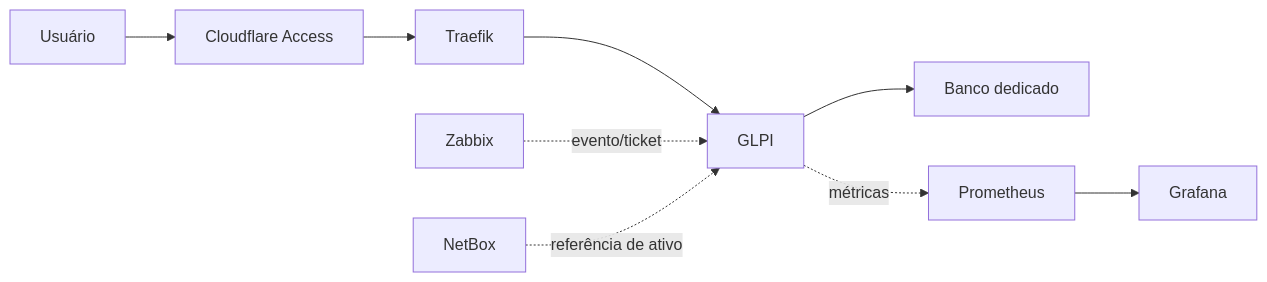
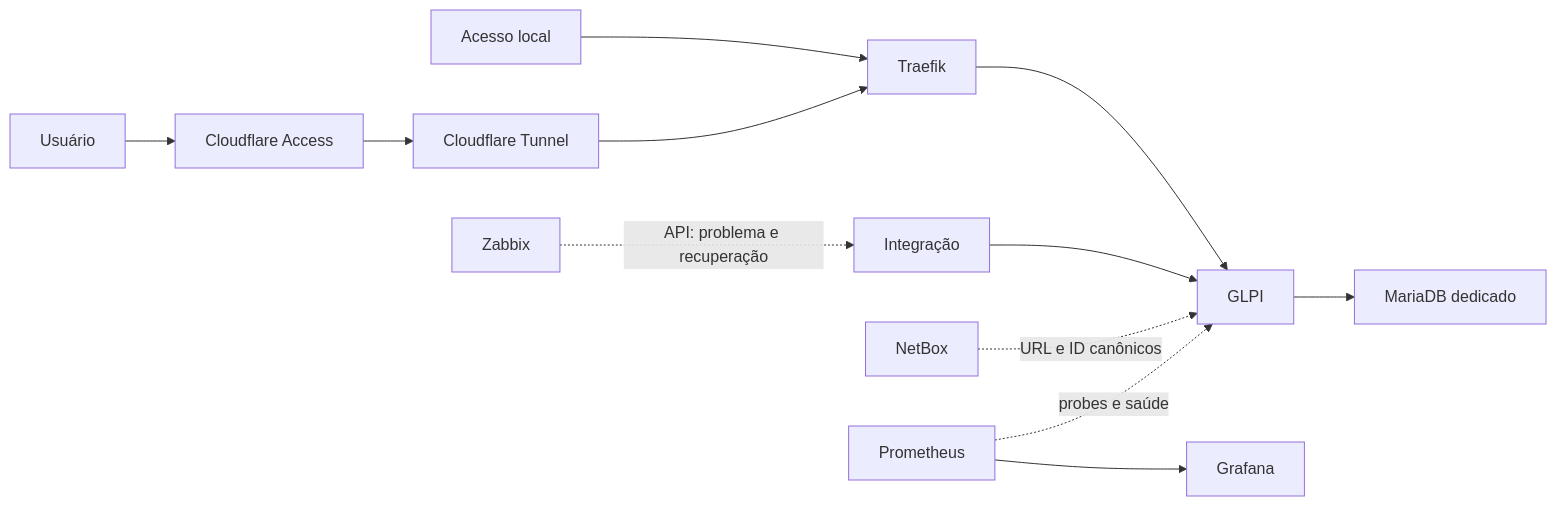
Before and after one commit to marcosantoniotic/infrastructure-operations-platform: the diagram in docs/glpi-phase.md, drawn with Mermaid. The commit also changed other lines of this file and 21 other files, not shown here.

````diff
--- a/docs/glpi-phase.md
+++ b/docs/glpi-phase.md
@@ -19,11 +78,14 @@
 ```mermaid
 flowchart LR
     User["Usuário"] --> Access["Cloudflare Access"]
-    Access --> Traefik
+    Local["Acesso local"] --> Traefik
+    Access --> Tunnel["Cloudflare Tunnel"]
+    Tunnel --> Traefik
     Traefik --> GLPI
-    GLPI --> GLPIDB["Banco dedicado"]
-    Zabbix -. "evento/ticket" .-> GLPI
-    NetBox -. "referência de ativo" .-> GLPI
+    GLPI --> DB["MariaDB dedicado"]
+    Zabbix -. "API: problema e recuperação" .-> Bridge["Integração"]
+    Bridge --> GLPI
+    NetBox -. "URL e ID canônicos" .-> GLPI
     Prometheus --> Grafana
-    GLPI -. "métricas" .-> Prometheus
+    Prometheus -. "probes e saúde" .-> GLPI
 ```
````
